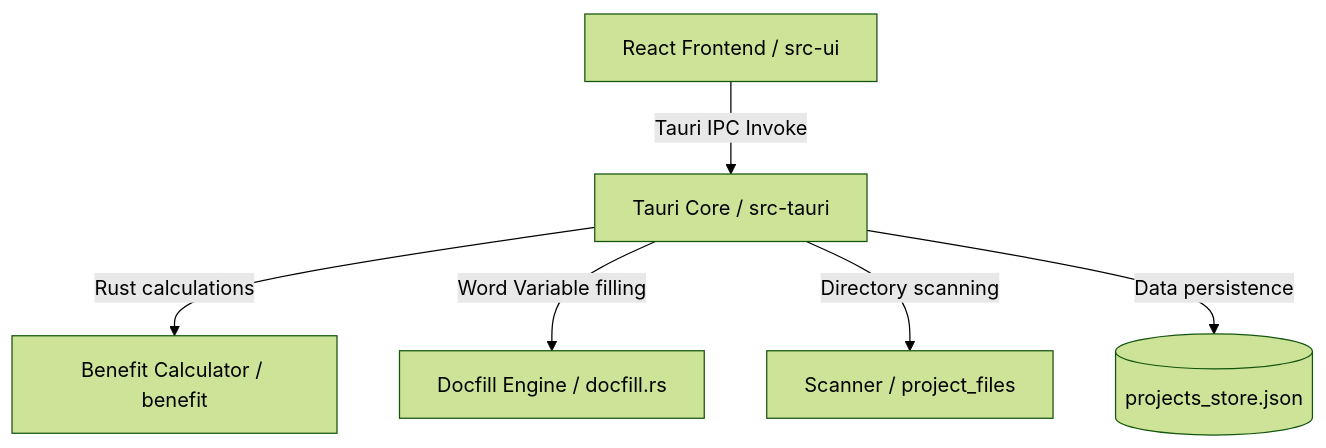
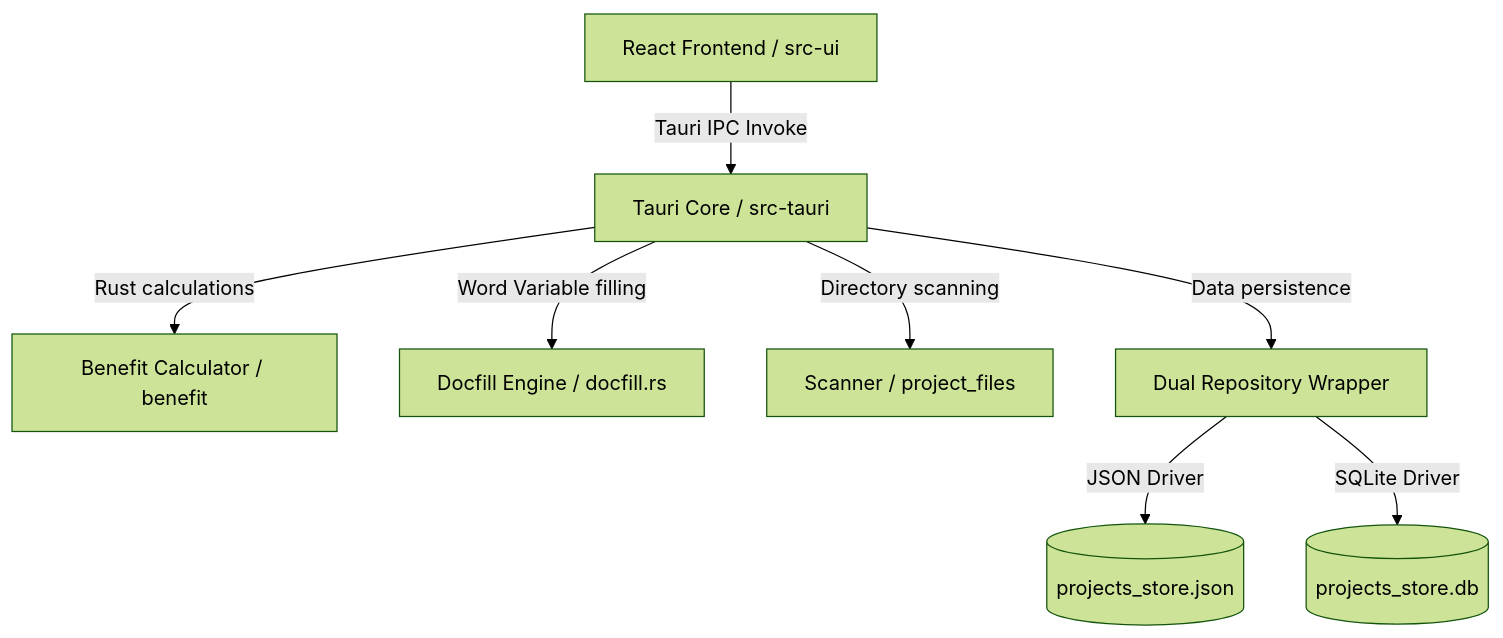
The diagram in docs/ARCHITECTURE_MAP.md (steven-mountain/lamber), drawn with Mermaid (forest theme) before and after one commit. The commit also changed other lines of this file and 39 other files, not shown here.

Commit message:
feat: implement template data and image asset separation, calculator background persistence, and path resilience

````diff
--- a/docs/ARCHITECTURE_MAP.md
+++ b/docs/ARCHITECTURE_MAP.md
@@ -9,8 +9,10 @@
 ```mermaid
 graph TD
     UI[React Frontend / src-ui] -->|Tauri IPC Invoke| Tauri[Tauri Core / src-tauri]
     Tauri -->|Rust calculations| Calc[Benefit Calculator / benefit]
     Tauri -->|Word Variable filling| Doc[Docfill Engine / docfill.rs]
     Tauri -->|Directory scanning| Scan[Scanner / project_files]
-    Tauri -->|Data persistence| JSON[(projects_store.json)]
+    Tauri -->|Data persistence| Repo[Dual Repository Wrapper]
+    Repo -->|JSON Driver| JSON[(projects_store.json)]
+    Repo -->|SQLite Driver| DB[(projects_store.db)]
 ```
````
